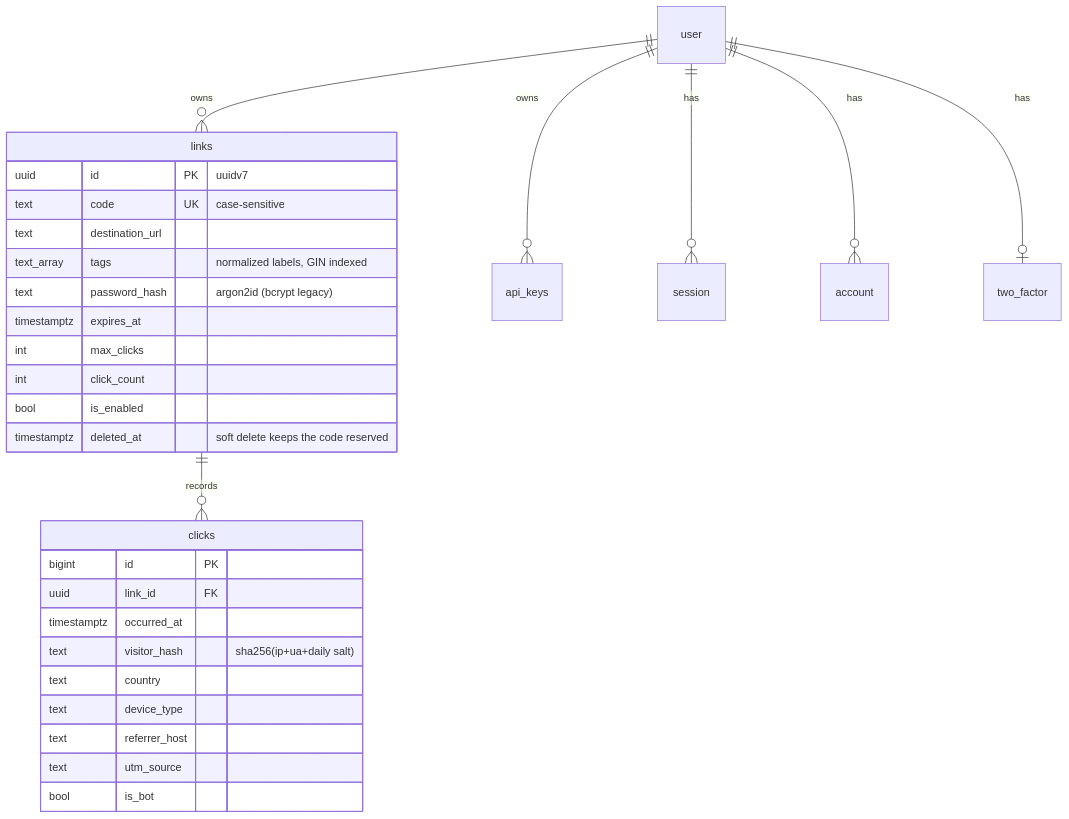
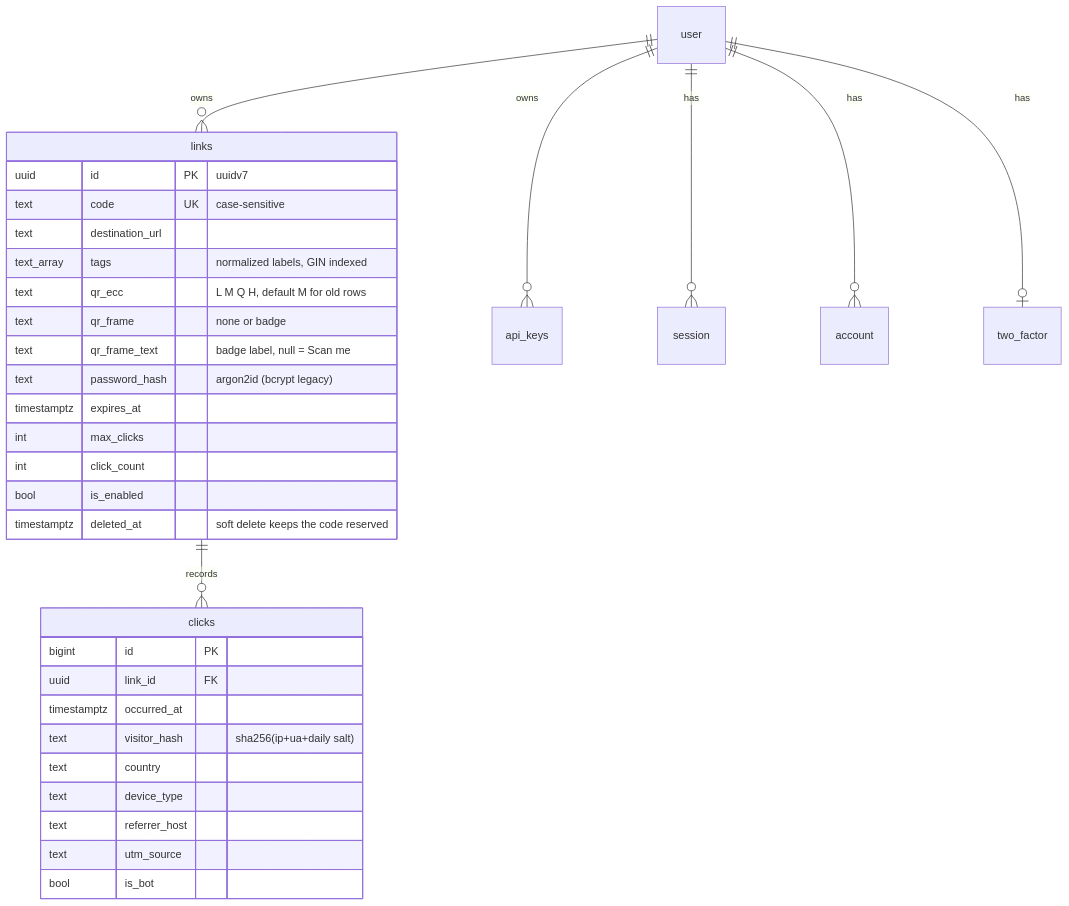
The third of 3 diagrams in docs/architecture.md (RaydanAridiCS/vialb.link), drawn with Mermaid before and after one commit. The commit also changed other lines of this file and 77 other files, not shown here.

````diff
--- a/docs/architecture.md
+++ b/docs/architecture.md
@@ -95,32 +95,35 @@
 ```mermaid
 erDiagram
   user ||--o{ links : owns
   user ||--o{ api_keys : owns
   user ||--o{ session : has
   user ||--o{ account : has
   user ||--o| two_factor : has
   links ||--o{ clicks : records
   links {
     uuid id PK "uuidv7"
     text code UK "case-sensitive"
     text destination_url
     text_array tags "normalized labels, GIN indexed"
+    text qr_ecc "L M Q H, default M for old rows"
+    text qr_frame "none or badge"
+    text qr_frame_text "badge label, null = Scan me"
     text password_hash "argon2id (bcrypt legacy)"
     timestamptz expires_at
     int max_clicks
     int click_count
     bool is_enabled
     timestamptz deleted_at "soft delete keeps the code reserved"
   }
   clicks {
     bigint id PK
     uuid link_id FK
     timestamptz occurred_at
     text visitor_hash "sha256(ip+ua+daily salt)"
     text country
     text device_type
     text referrer_host
     text utm_source
     bool is_bot
   }
 ```
````
